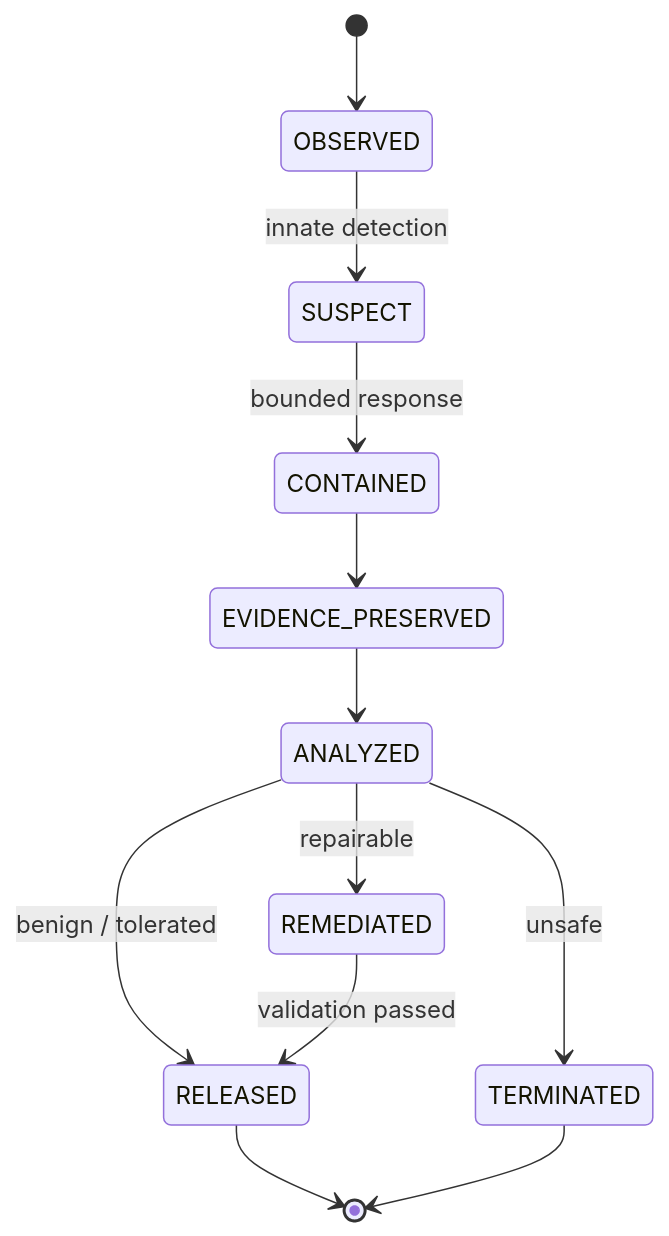
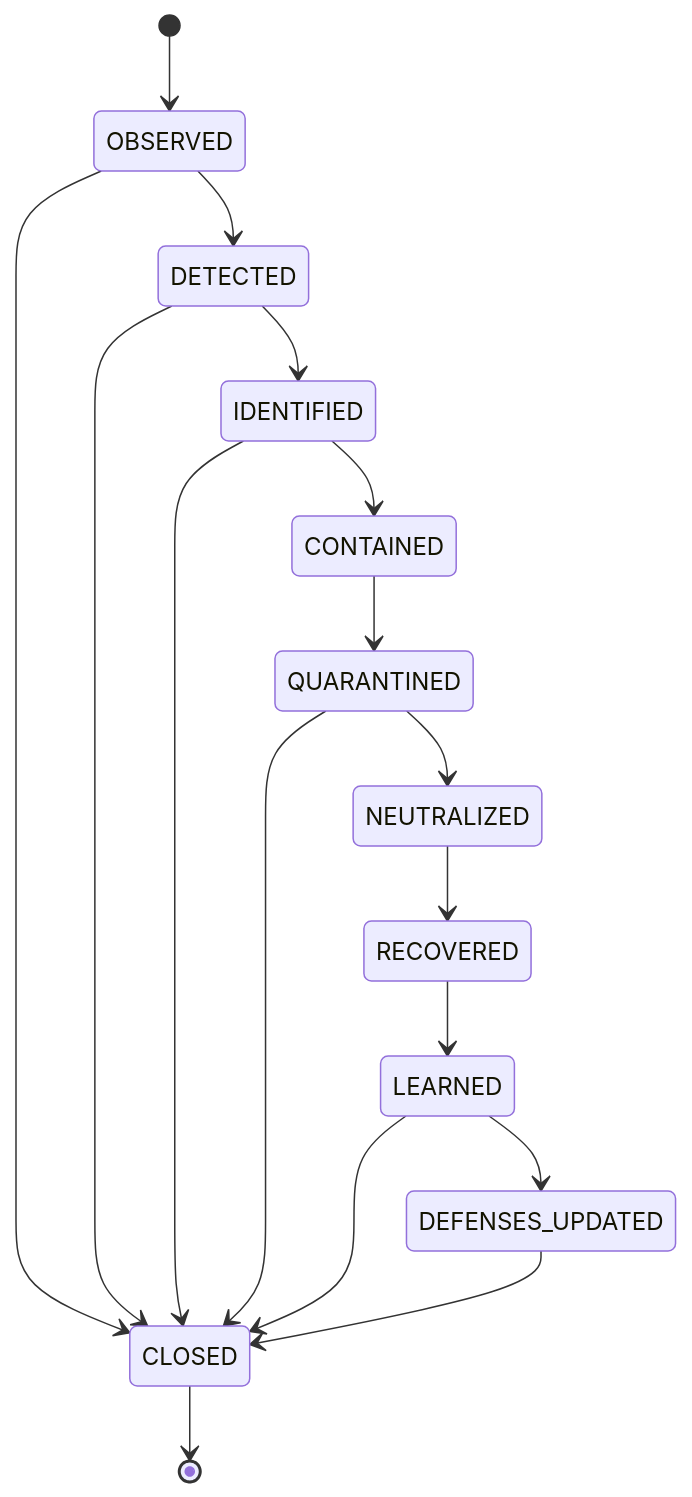
Before and after one commit to Alpha-Oi/digital-organism-architecture: the diagram in diagrams/immune-response.md, drawn with Mermaid. The commit also changed other lines of this file and 82 other files, not shown here.

````diff
--- a/diagrams/immune-response.md
+++ b/diagrams/immune-response.md
@@ -3,14 +3,19 @@
 ```mermaid
 stateDiagram-v2
   [*] --> OBSERVED
-  OBSERVED --> SUSPECT: innate detection
-  SUSPECT --> CONTAINED: bounded response
-  CONTAINED --> EVIDENCE_PRESERVED
-  EVIDENCE_PRESERVED --> ANALYZED
-  ANALYZED --> RELEASED: benign / tolerated
-  ANALYZED --> REMEDIATED: repairable
-  ANALYZED --> TERMINATED: unsafe
-  REMEDIATED --> RELEASED: validation passed
-  RELEASED --> [*]
-  TERMINATED --> [*]
+  OBSERVED --> DETECTED
+  OBSERVED --> CLOSED
+  DETECTED --> IDENTIFIED
+  DETECTED --> CLOSED
+  IDENTIFIED --> CONTAINED
+  IDENTIFIED --> CLOSED
+  CONTAINED --> QUARANTINED
+  QUARANTINED --> NEUTRALIZED
+  QUARANTINED --> CLOSED
+  NEUTRALIZED --> RECOVERED
+  RECOVERED --> LEARNED
+  LEARNED --> DEFENSES_UPDATED
+  LEARNED --> CLOSED
+  DEFENSES_UPDATED --> CLOSED
+  CLOSED --> [*]
 ```
````
